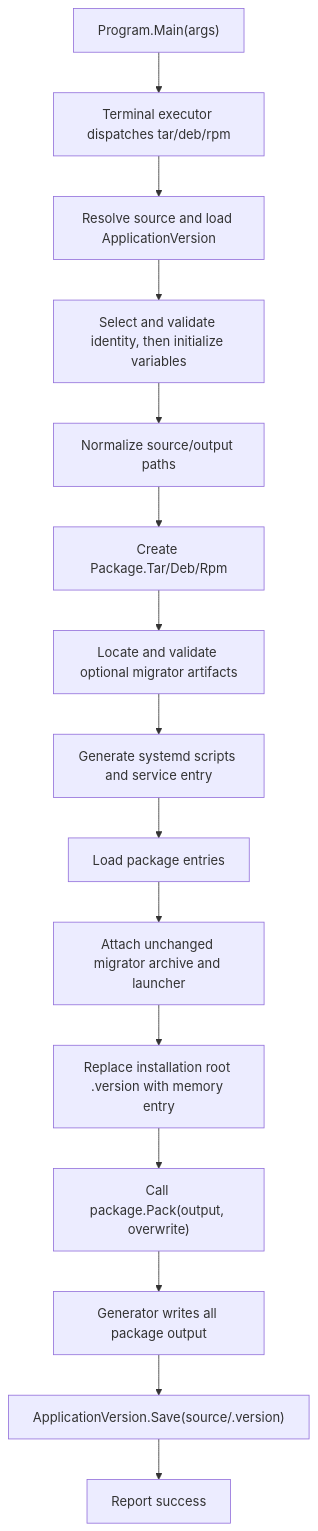
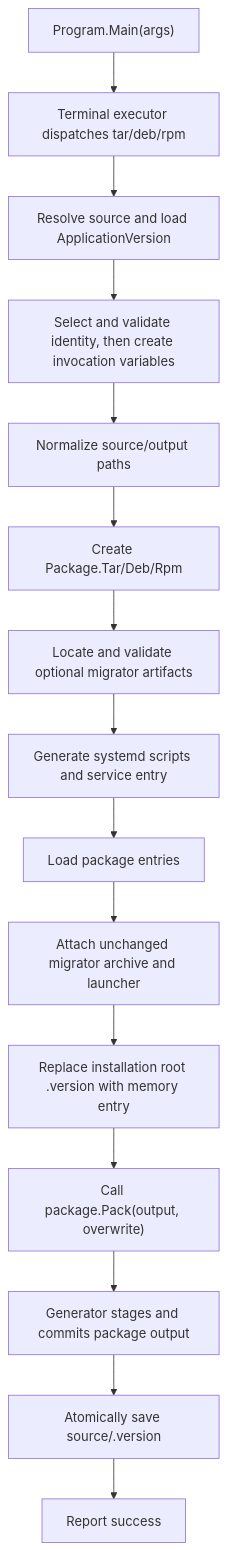
The diagram in packager/docs/implementation.md (Zongsoft/tools), drawn with Mermaid before and after one commit. The commit also changed other lines of this file and 70 other files, not shown here.

````diff
--- a/packager/docs/implementation.md
+++ b/packager/docs/implementation.md
@@ -60,17 +61,17 @@
 ```mermaid
 flowchart TD
     A["Program.Main(args)"] --> B["Terminal executor dispatches tar/deb/rpm"]
     B --> C["Resolve source and load ApplicationVersion"]
-    C --> D["Select and validate identity, then initialize variables"]
+    C --> D["Select and validate identity, then create invocation variables"]
     D --> E["Normalize source/output paths"]
     E --> F["Create Package.Tar/Deb/Rpm"]
     F --> M["Locate and validate optional migrator artifacts"]
     M --> G["Generate systemd scripts and service entry"]
     G --> H["Load package entries"]
     H --> N["Attach unchanged migrator archive and launcher"]
     N --> V["Replace installation root .version with memory entry"]
     V --> I["Call package.Pack(output, overwrite)"]
-    I --> J["Generator writes all package output"]
-    J --> S["ApplicationVersion.Save(source/.version)"]
+    I --> J["Generator stages and commits package output"]
+    J --> S["Atomically save source/.version"]
     S --> OK["Report success"]
 ```
````
